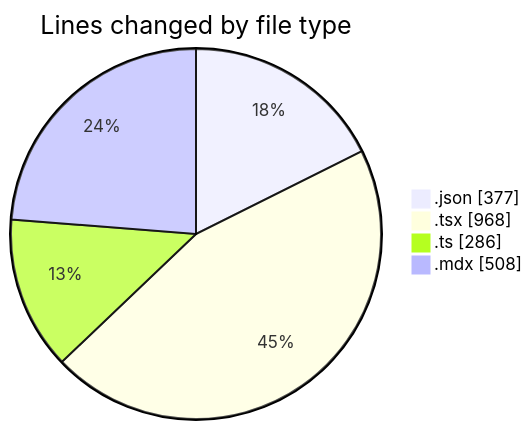
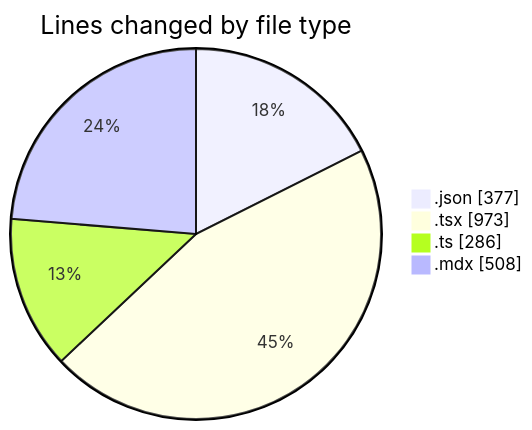
The first of 2 diagrams in 2025-05-01/niten/README.md (Elitesun/code-tracking), drawn with Mermaid before and after one commit. The commit also changed other lines of this file and 1 other file, not shown here.

````diff
--- a/2025-05-01/niten/README.md
+++ b/2025-05-01/niten/README.md
@@ -42,8 +42,8 @@
 ```mermaid
 pie showData
 title Lines changed by file type
 ".json" : 377
-".tsx" : 968
+".tsx" : 973
 ".ts" : 286
 ".mdx" : 508
 ```
````
